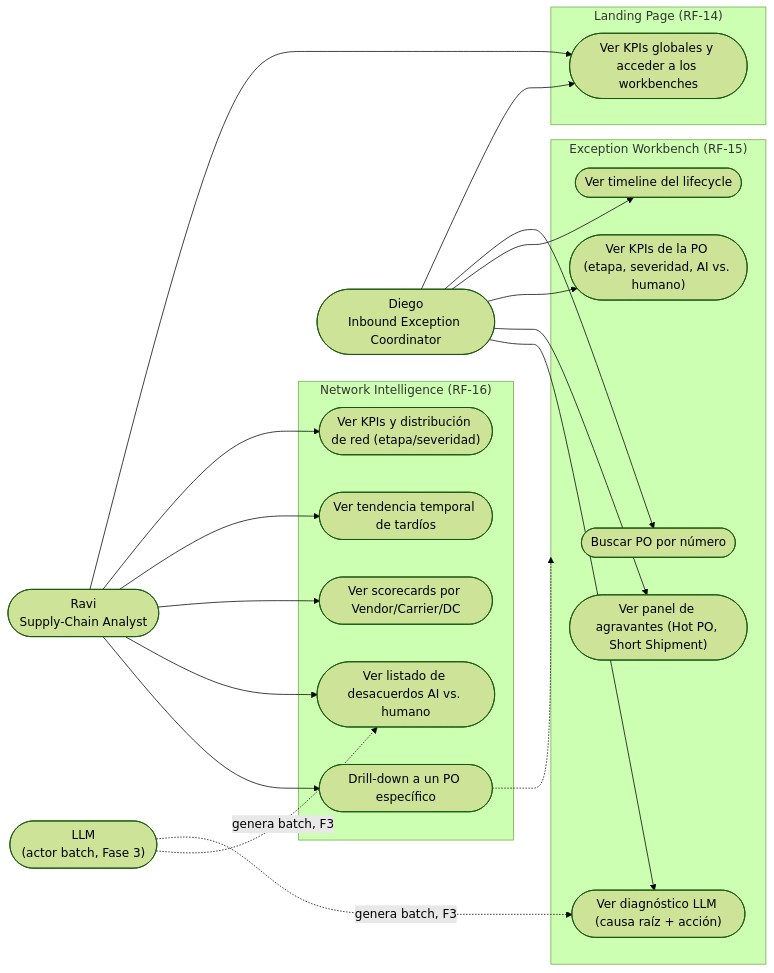
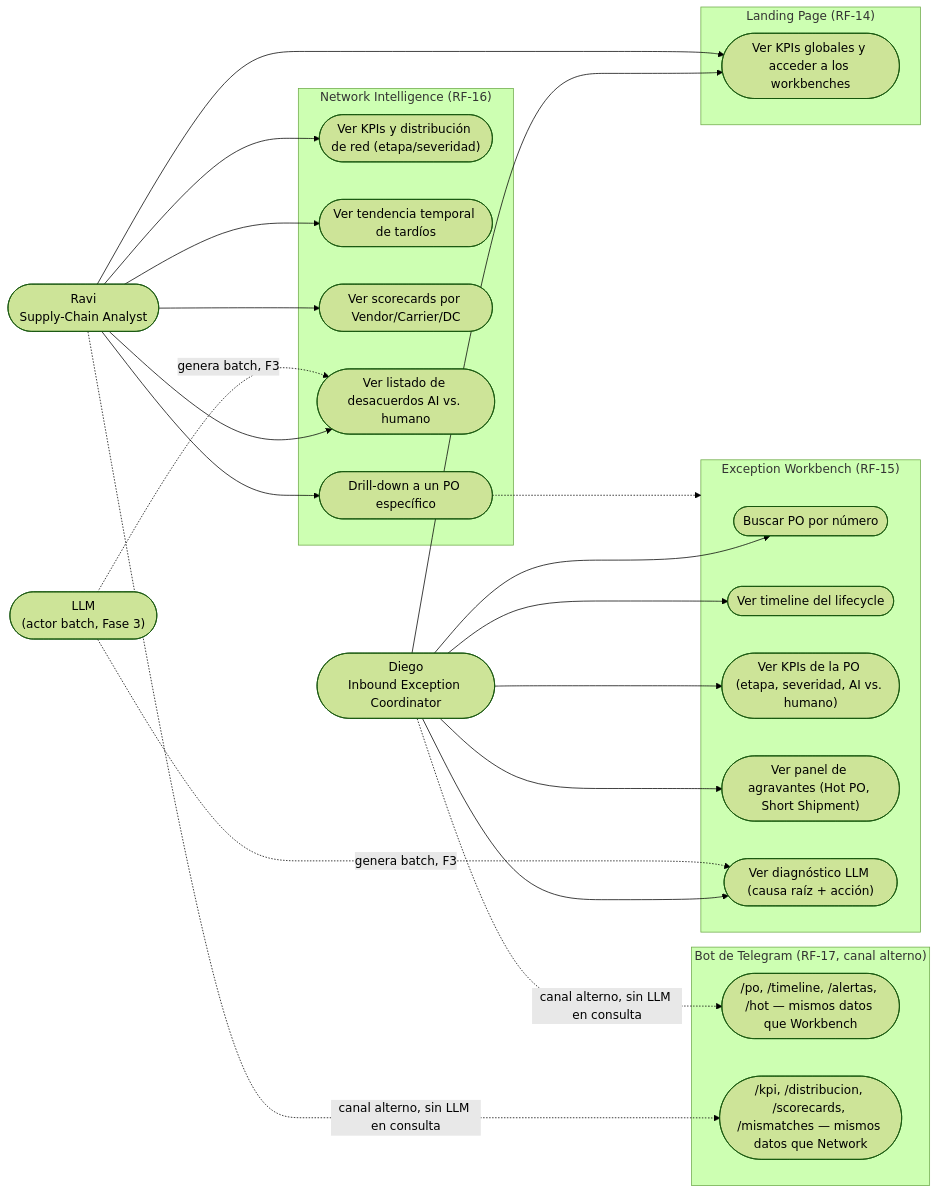
Before and after one commit to CCMarv/po-delay-analyzer: the first of 2 diagrams in documentation/SRS.md, drawn with Mermaid (forest theme). The commit also changed other lines of this file and 1 other file, not shown here.

First line of the commit message:
docs(SRS): agrega el bot de Telegram como RF-17 y corrige RF-14-16

````diff
--- a/documentation/SRS.md
+++ b/documentation/SRS.md
@@ -126,44 +131,52 @@
 ```mermaid
 flowchart LR
     Diego(["Diego\nInbound Exception Coordinator"])
     Ravi(["Ravi\nSupply-Chain Analyst"])
     LLM(["LLM\n(actor batch, Fase 3)"])
 
     subgraph Landing["Landing Page (RF-14)"]
         UC0(["Ver KPIs globales y acceder a los workbenches"])
     end
 
     subgraph Workbench["Exception Workbench (RF-15)"]
         UC1(["Buscar PO por número"])
         UC2(["Ver timeline del lifecycle"])
         UC3(["Ver KPIs de la PO (etapa, severidad, AI vs. humano)"])
         UC4(["Ver panel de agravantes (Hot PO, Short Shipment)"])
         UC5(["Ver diagnóstico LLM (causa raíz + acción)"])
     end
 
     subgraph Network["Network Intelligence (RF-16)"]
         UC6(["Ver KPIs y distribución de red (etapa/severidad)"])
         UC7(["Ver tendencia temporal de tardíos"])
         UC8(["Ver scorecards por Vendor/Carrier/DC"])
         UC9(["Ver listado de desacuerdos AI vs. humano"])
         UC10(["Drill-down a un PO específico"])
     end
 
     Diego --> UC0
     Diego --> UC1
     Diego --> UC2
     Diego --> UC3
     Diego --> UC4
     Diego --> UC5
 
     Ravi --> UC0
     Ravi --> UC6
     Ravi --> UC7
     Ravi --> UC8
     Ravi --> UC9
     Ravi --> UC10
     UC10 -.-> Workbench
 
     LLM -.->|genera batch, F3| UC5
     LLM -.->|genera batch, F3| UC9
+
+    subgraph Bot["Bot de Telegram (RF-17, canal alterno)"]
+        UC11(["/po, /timeline, /alertas, /hot — mismos datos que Workbench"])
+        UC12(["/kpi, /distribucion, /scorecards, /mismatches — mismos datos que Network"])
+    end
+
+    Diego -.->|canal alterno, sin LLM en consulta| UC11
+    Ravi -.->|canal alterno, sin LLM en consulta| UC12
 ```
````
